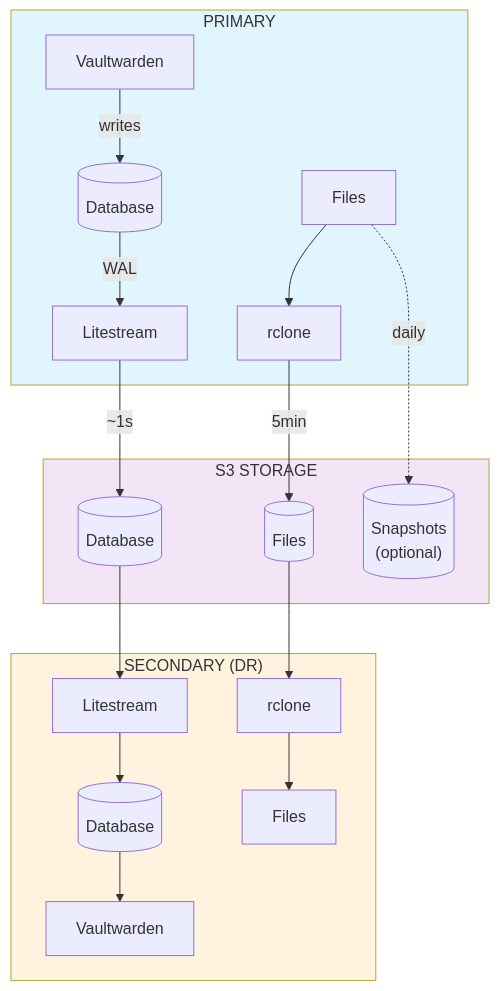
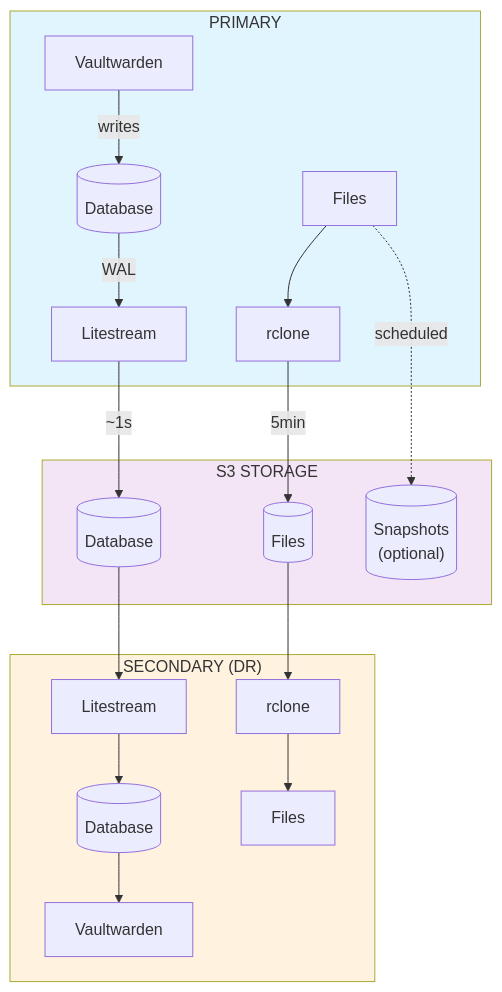
The diagram in README.md (garyellow/vaultwarden-stream), drawn with Mermaid before and after one commit. The commit also changed other lines of this file and 5 other files, not shown here.

````diff
--- a/README.md
+++ b/README.md
@@ -94,43 +94,43 @@
 ```mermaid
 graph TB
     subgraph PRIMARY["PRIMARY"]
         VW1[Vaultwarden]
         DB1[(Database)]
         LS1[Litestream]
         FILES1[Files]
         RC1[rclone]
 
         VW1 -->|writes| DB1
         DB1 -->|WAL| LS1
         FILES1 --> RC1
     end
 
     subgraph S3["S3 STORAGE"]
         S3DB[(Database)]
         S3FILES[(Files)]
         S3BACKUP[("Snapshots<br/>(optional)")]
     end
 
     subgraph SECONDARY["SECONDARY (DR)"]
         LS2[Litestream]
         DB2[(Database)]
         VW2[Vaultwarden]
         RC2[rclone]
         FILES2[Files]
 
         LS2 --> DB2
         DB2 --> VW2
         RC2 --> FILES2
     end
 
     LS1 -->|~1s| S3DB
     RC1 -->|5min| S3FILES
-    FILES1 -.->|daily| S3BACKUP
+    FILES1 -.->|scheduled| S3BACKUP
 
     S3DB --> LS2
     S3FILES --> RC2
 
     style PRIMARY fill:#e1f5fe
     style SECONDARY fill:#fff3e0
     style S3 fill:#f3e5f5
 ```
````
